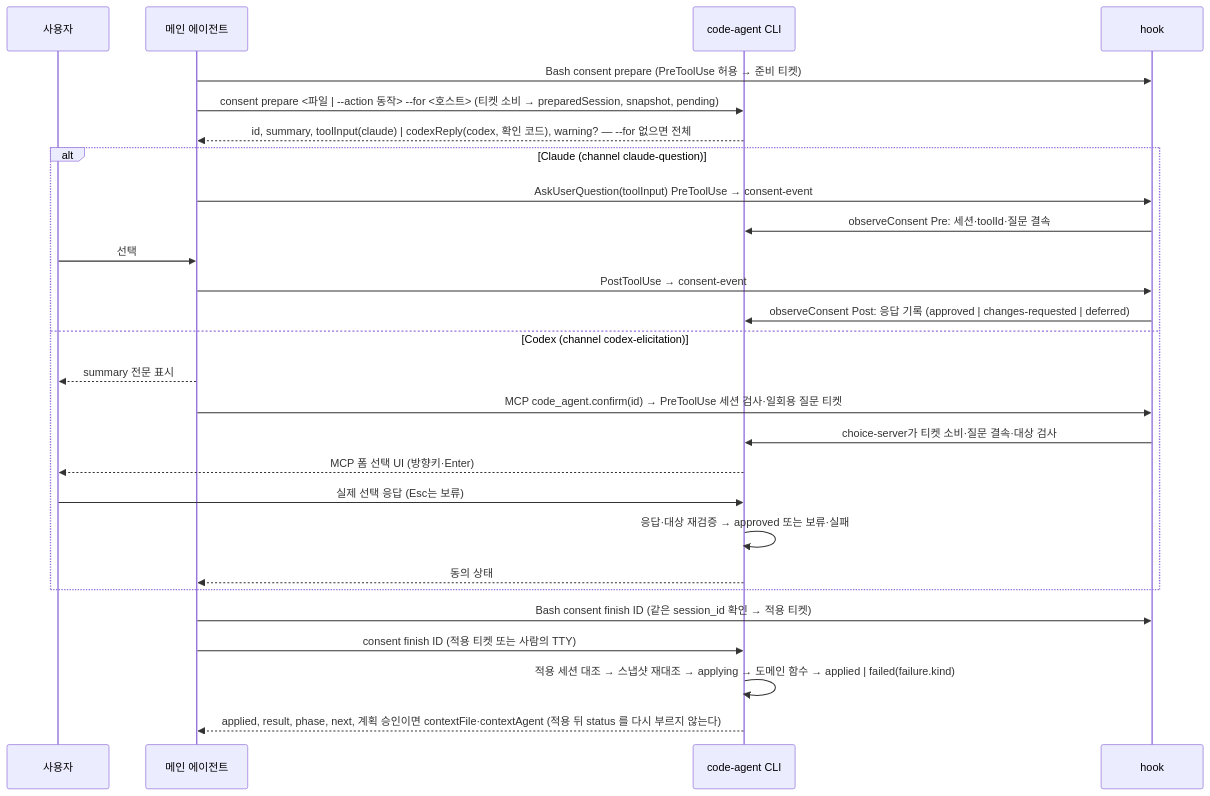
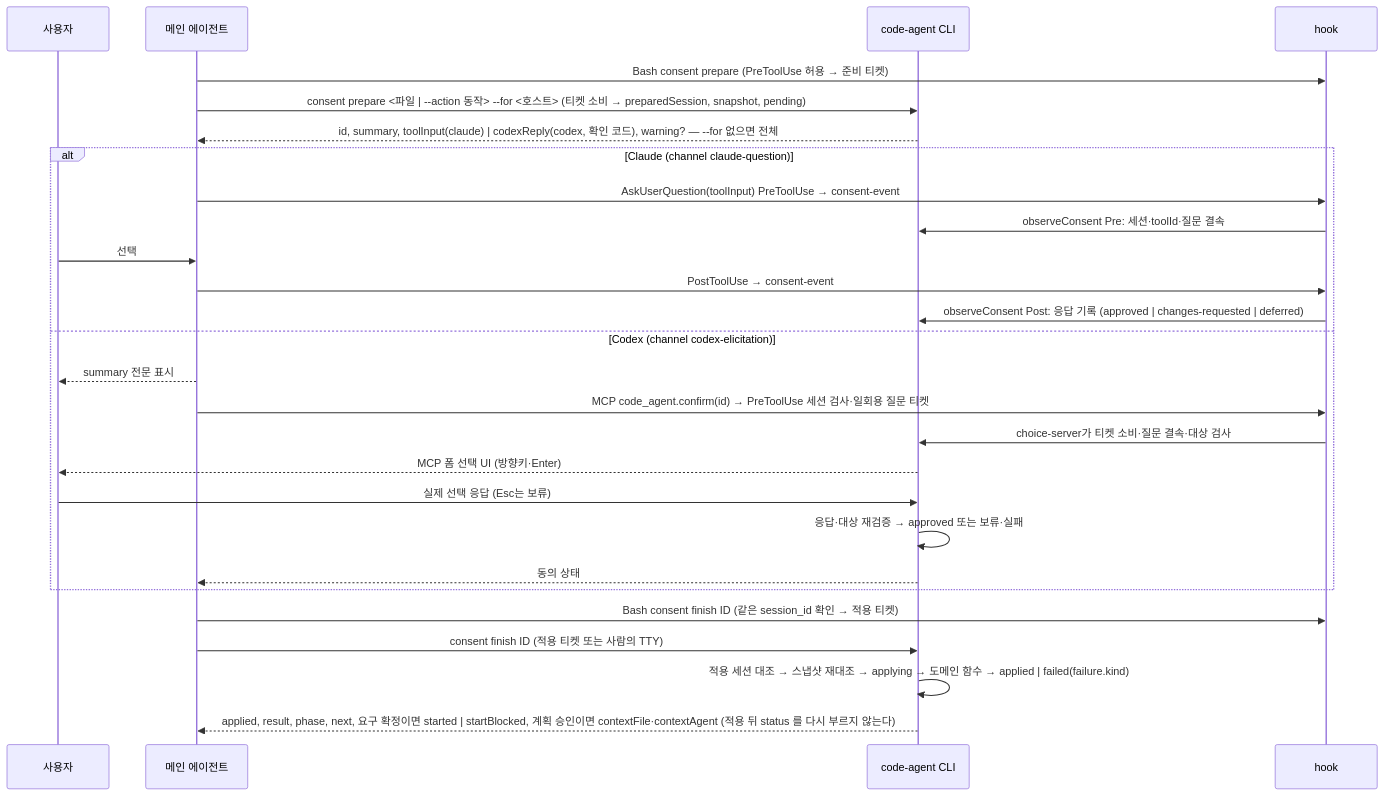
Before and after one commit to collenkim/code-agent: the second of 3 diagrams in doc/process-flow.md, drawn with Mermaid. The commit also changed other lines of this file and 11 other files, not shown here.

````diff
--- a/doc/process-flow.md
+++ b/doc/process-flow.md
@@ -190,29 +191,29 @@
 ```mermaid
 sequenceDiagram
   participant U as 사용자
   participant M as 메인 에이전트
   participant C as code-agent CLI
   participant H as hook
   M->>H: Bash consent prepare (PreToolUse 허용 → 준비 티켓)
   M->>C: consent prepare <파일 | --action 동작> --for <호스트> (티켓 소비 → preparedSession, snapshot, pending)
   C-->>M: id, summary, toolInput(claude) | codexReply(codex, 확인 코드), warning? — --for 없으면 전체
   alt Claude (channel claude-question)
     M->>H: AskUserQuestion(toolInput) PreToolUse → consent-event
     H->>C: observeConsent Pre: 세션·toolId·질문 결속
     U->>M: 선택
     M->>H: PostToolUse → consent-event
     H->>C: observeConsent Post: 응답 기록 (approved | changes-requested | deferred)
   else Codex (channel codex-elicitation)
     M-->>U: summary 전문 표시
     M->>H: MCP code_agent.confirm(id) → PreToolUse 세션 검사·일회용 질문 티켓
     H->>C: choice-server가 티켓 소비·질문 결속·대상 검사
     C-->>U: MCP 폼 선택 UI (방향키·Enter)
     U->>C: 실제 선택 응답 (Esc는 보류)
     C->>C: 응답·대상 재검증 → approved 또는 보류·실패
     C-->>M: 동의 상태
   end
   M->>H: Bash consent finish ID (같은 session_id 확인 → 적용 티켓)
   M->>C: consent finish ID (적용 티켓 또는 사람의 TTY)
   C->>C: 적용 세션 대조 → 스냅샷 재대조 → applying → 도메인 함수 → applied | failed(failure.kind)
-  C-->>M: applied, result, phase, next, 계획 승인이면 contextFile·contextAgent (적용 뒤 status 를 다시 부르지 않는다)
+  C-->>M: applied, result, phase, next, 요구 확정이면 started | startBlocked, 계획 승인이면 contextFile·contextAgent (적용 뒤 status 를 다시 부르지 않는다)
 ```
````
